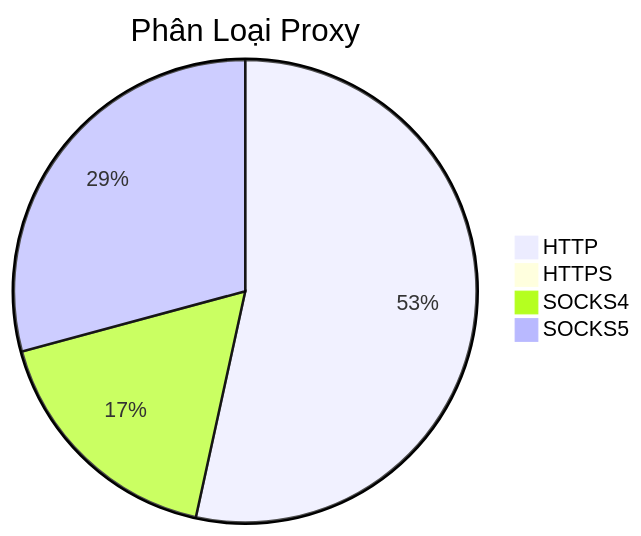
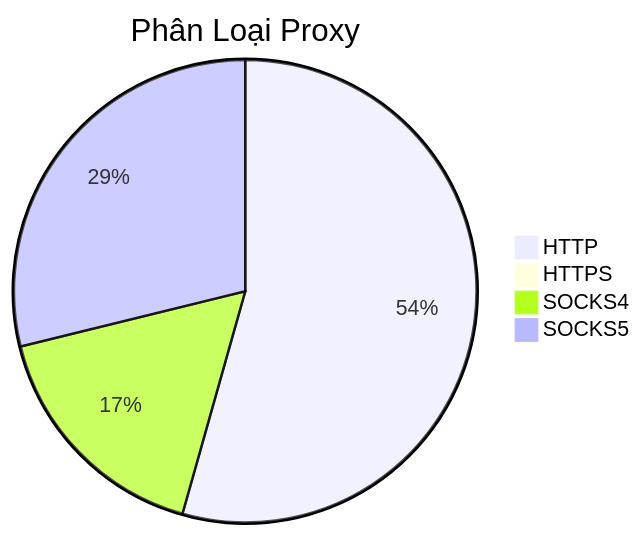
One commit to Ciara-12/PROXY-free changed the diagram in README.md. Above: the diagram before and after it, drawn with Mermaid. The commit also changed other lines of this file and 3 other files, not shown here.

````diff
--- a/README.md
+++ b/README.md
@@ -26,7 +26,7 @@
 ```mermaid
 pie title Phân Loại Proxy
-    "HTTP" : 538
+    "HTTP" : 528
     "HTTPS" : 1
-    "SOCKS4" : 175
-    "SOCKS5" : 294
+    "SOCKS4" : 163
+    "SOCKS5" : 280
 ```
````
